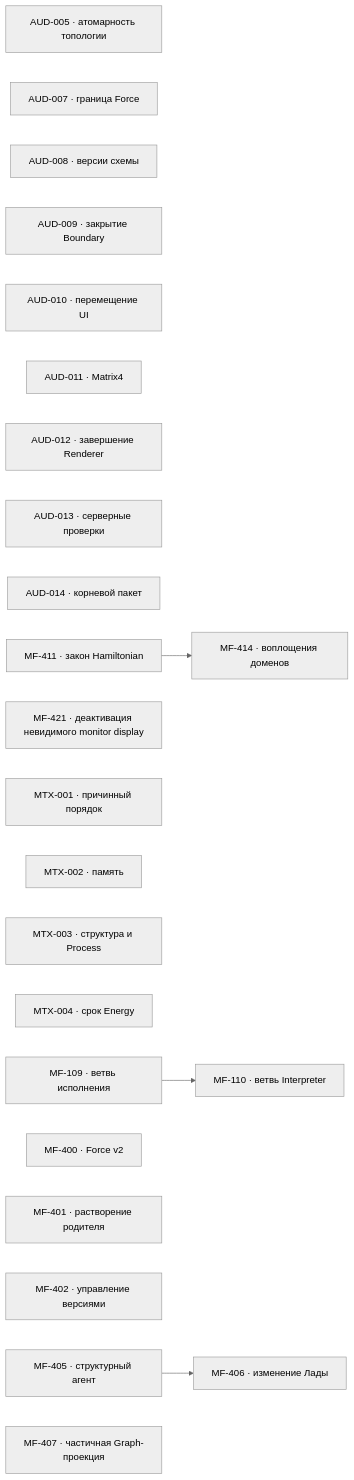
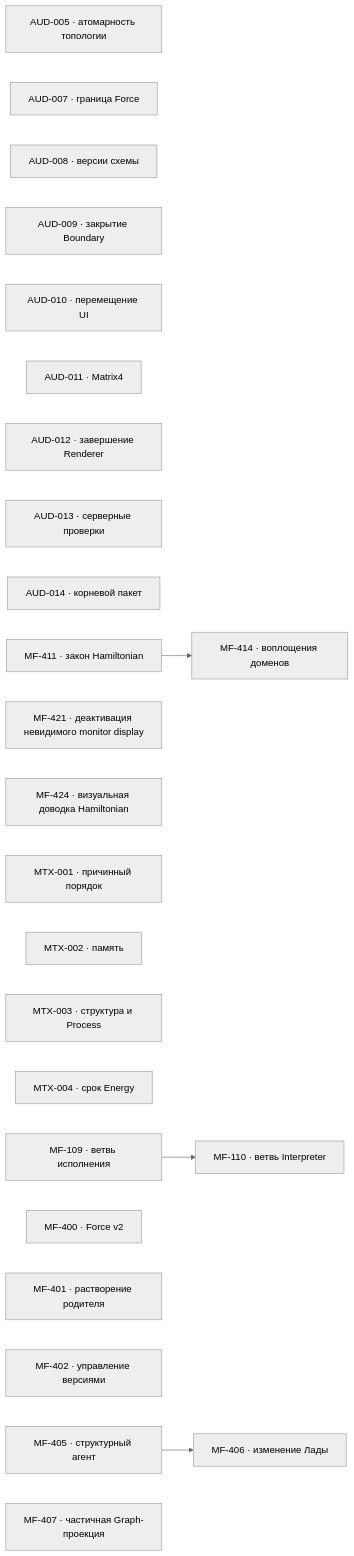
One commit to zavx0z/metafor changed the diagram in project/TODO.md. Above: the diagram before and after it, drawn with Mermaid (neutral theme). The commit also changed other lines of this file and 1 other file, not shown here.

Commit message:
chore(project): register MF-424 visual Hamiltonian pass

````diff
--- a/project/TODO.md
+++ b/project/TODO.md
@@ -13,30 +13,31 @@
 ```mermaid
 flowchart LR
     AUD005["AUD-005 · атомарность топологии"]
     AUD007["AUD-007 · граница Force"]
     AUD008["AUD-008 · версии схемы"]
     AUD009["AUD-009 · закрытие Boundary"]
     AUD010["AUD-010 · перемещение UI"]
     AUD011["AUD-011 · Matrix4"]
     AUD012["AUD-012 · завершение Renderer"]
     AUD013["AUD-013 · серверные проверки"]
     AUD014["AUD-014 · корневой пакет"]
     MF411["MF-411 · закон Hamiltonian"]
     MF414["MF-414 · воплощения доменов"]
     MF421["MF-421 · деактивация невидимого monitor display"]
+    MF424["MF-424 · визуальная доводка Hamiltonian"]
     MTX001["MTX-001 · причинный порядок"]
     MTX002["MTX-002 · память"]
     MTX003["MTX-003 · структура и Process"]
     MTX004["MTX-004 · срок Energy"]
     MF109["MF-109 · ветвь исполнения"]
     MF110["MF-110 · ветвь Interpreter"]
     MF400["MF-400 · Force v2"]
     MF401["MF-401 · растворение родителя"]
     MF402["MF-402 · управление версиями"]
     MF405["MF-405 · структурный агент"]
     MF406["MF-406 · изменение Лады"]
     MF407["MF-407 · частичная Graph-проекция"]
     MF109 --> MF110
     MF405 --> MF406
     MF411 --> MF414
 ```
````
